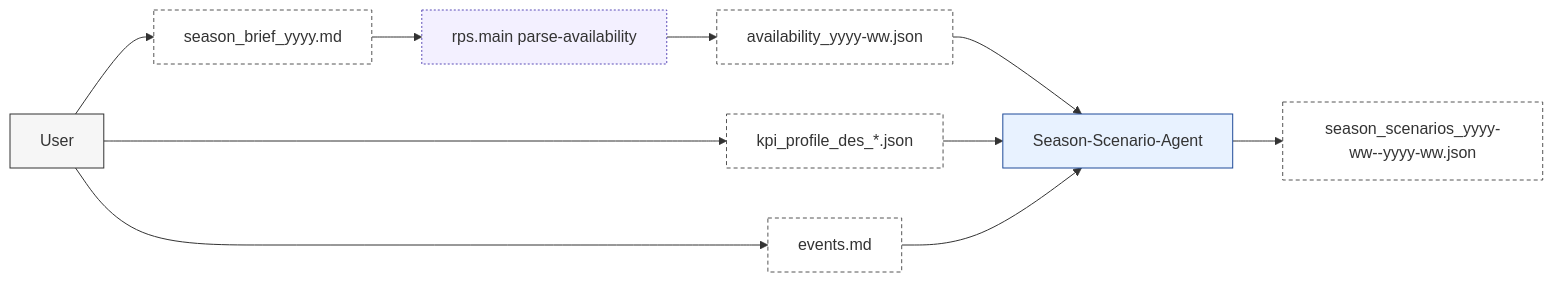
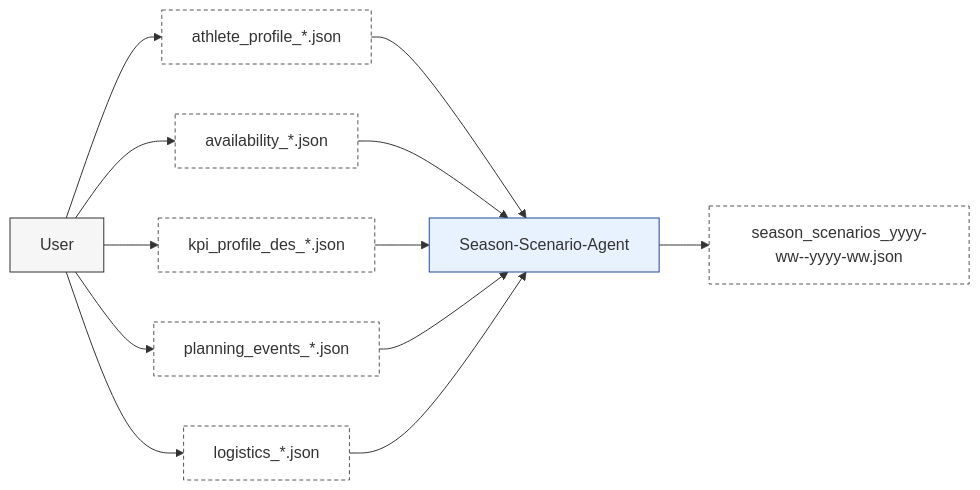
Before and after one commit to albauer-priv/RPS: the second of 8 diagrams in doc/overview/artefact_flow.md, drawn with Mermaid. The commit also changed other lines of this file and 78 other files, not shown here.

````diff
--- a/doc/overview/artefact_flow.md
+++ b/doc/overview/artefact_flow.md
@@ -138,11 +146,13 @@
 ```mermaid
 flowchart LR
-  U[User]:::actor --> SB[season_brief_yyyy.md]:::artefact --> AVP[rps.main parse-availability]:::script --> AV[availability_yyyy-ww.json]:::artefact --> SS[Season-Scenario-Agent]:::agent
+  U[User]:::actor --> AP[athlete_profile_*.json]:::artefact --> SS[Season-Scenario-Agent]:::agent
+  U --> AV[availability_*.json]:::artefact --> SS
   U --> KP[kpi_profile_des_*.json]:::artefact --> SS
-  U --> EV[events.md]:::artefact --> SS
+  U --> PE[planning_events_*.json]:::artefact --> SS
+  U --> LG[logistics_*.json]:::artefact --> SS
   SS --> SC[season_scenarios_yyyy-ww--yyyy-ww.json]:::artefact
   classDef actor fill:#f6f6f6,stroke:#333,stroke-width:1px;
   classDef agent fill:#e8f2ff,stroke:#1f4b99,stroke-width:1px;
   classDef artefact fill:#ffffff,stroke:#555,stroke-dasharray: 4 3,stroke-width:1px;
   classDef script fill:#f3f0ff,stroke:#5b4db8,stroke-width:1px,stroke-dasharray: 2 2;
 ```
````
